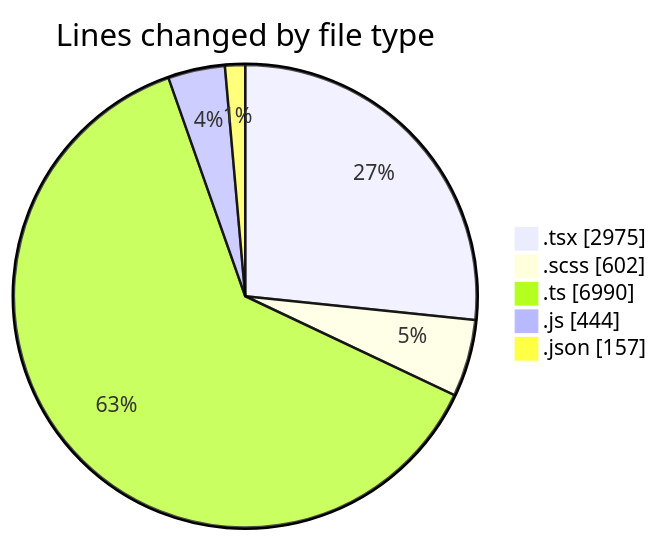
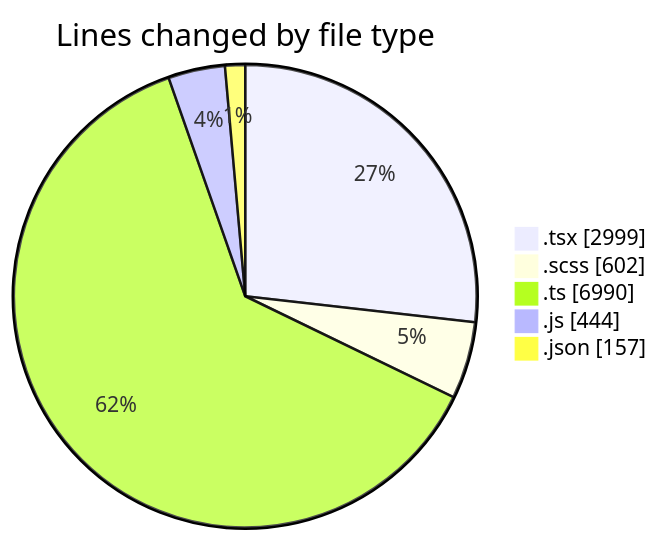
One commit to momahboobian/code-tracking changed the first of 2 diagrams in 2026-04-23/cda/README.md. Above: the diagram before and after it, drawn with Mermaid. The commit also changed other lines of this file and 1 other file, not shown here.

````diff
--- a/2026-04-23/cda/README.md
+++ b/2026-04-23/cda/README.md
@@ -40,9 +40,9 @@
 ```mermaid
 pie showData
 title Lines changed by file type
-".tsx" : 2975
+".tsx" : 2999
 ".scss" : 602
 ".ts" : 6990
 ".js" : 444
 ".json" : 157
 ```
````
